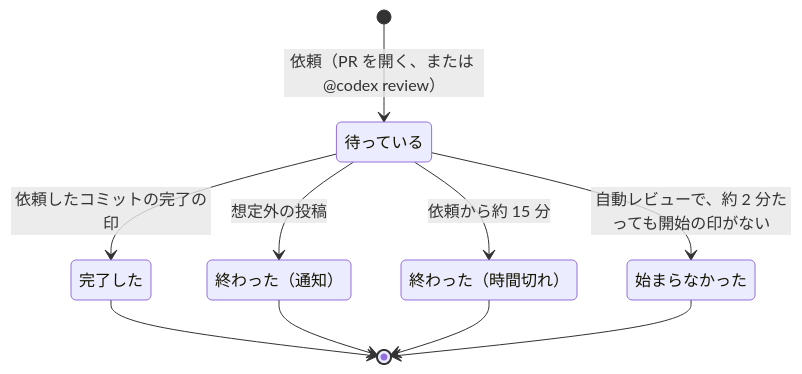
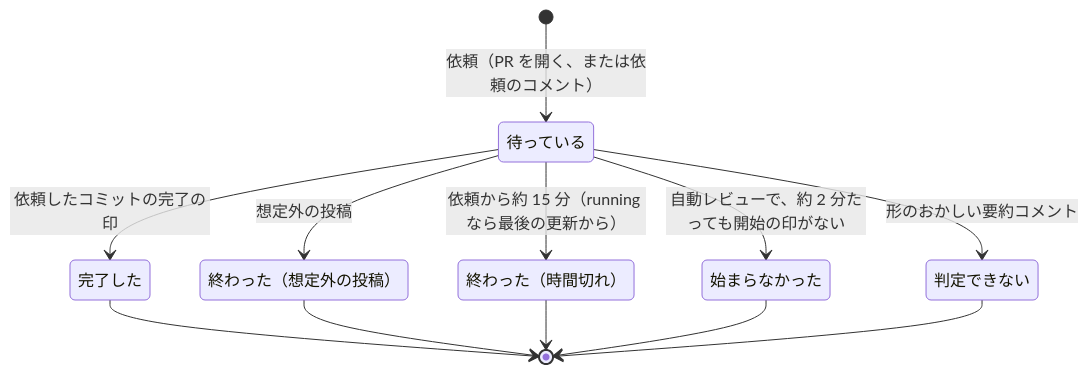
Before and after one commit to isseis/yt2column: the second of 7 diagrams in docs/tasks/0031_codex_pr_review/02_architecture.md, drawn with Mermaid. The commit also changed other lines of this file and 1 other file, not shown here.

First line of the commit message:
docs(0031): address design review and widen the requested commit in AC-10

````diff
--- a/docs/tasks/0031_codex_pr_review/02_architecture.md
+++ b/docs/tasks/0031_codex_pr_review/02_architecture.md
@@ -127,18 +136,21 @@
 ```mermaid
 stateDiagram-v2
     state "待っている" as Waiting
     state "完了した" as Completed
-    state "終わった（通知）" as EndedNotice
+    state "終わった（想定外の投稿）" as EndedUnexpected
     state "終わった（時間切れ）" as EndedTimeout
     state "始まらなかった" as NotStarted
+    state "判定できない" as Indeterminate
 
-    [*] --> Waiting : 依頼（PR を開く、または @codex review）
+    [*] --> Waiting : 依頼（PR を開く、または依頼のコメント）
     Waiting --> Completed : 依頼したコミットの完了の印
-    Waiting --> EndedNotice : 想定外の投稿
-    Waiting --> EndedTimeout : 依頼から約 15 分
+    Waiting --> EndedUnexpected : 想定外の投稿
+    Waiting --> EndedTimeout : 依頼から約 15 分（running なら最後の更新から）
     Waiting --> NotStarted : 自動レビューで、約 2 分たっても開始の印がない
+    Waiting --> Indeterminate : 形のおかしい要約コメント
     Completed --> [*]
-    EndedNotice --> [*]
+    EndedUnexpected --> [*]
     EndedTimeout --> [*]
     NotStarted --> [*]
+    Indeterminate --> [*]
 ```
````
